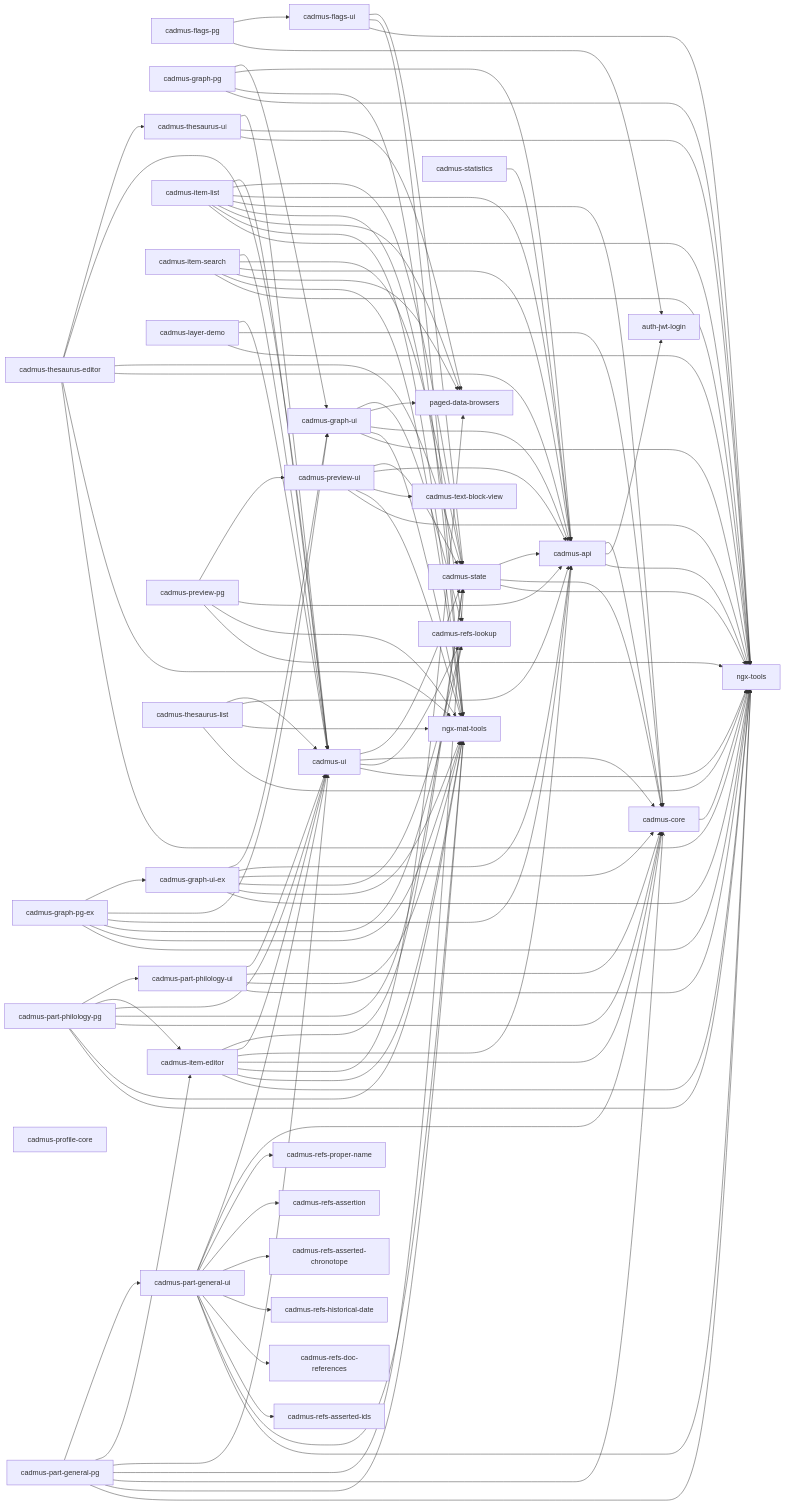
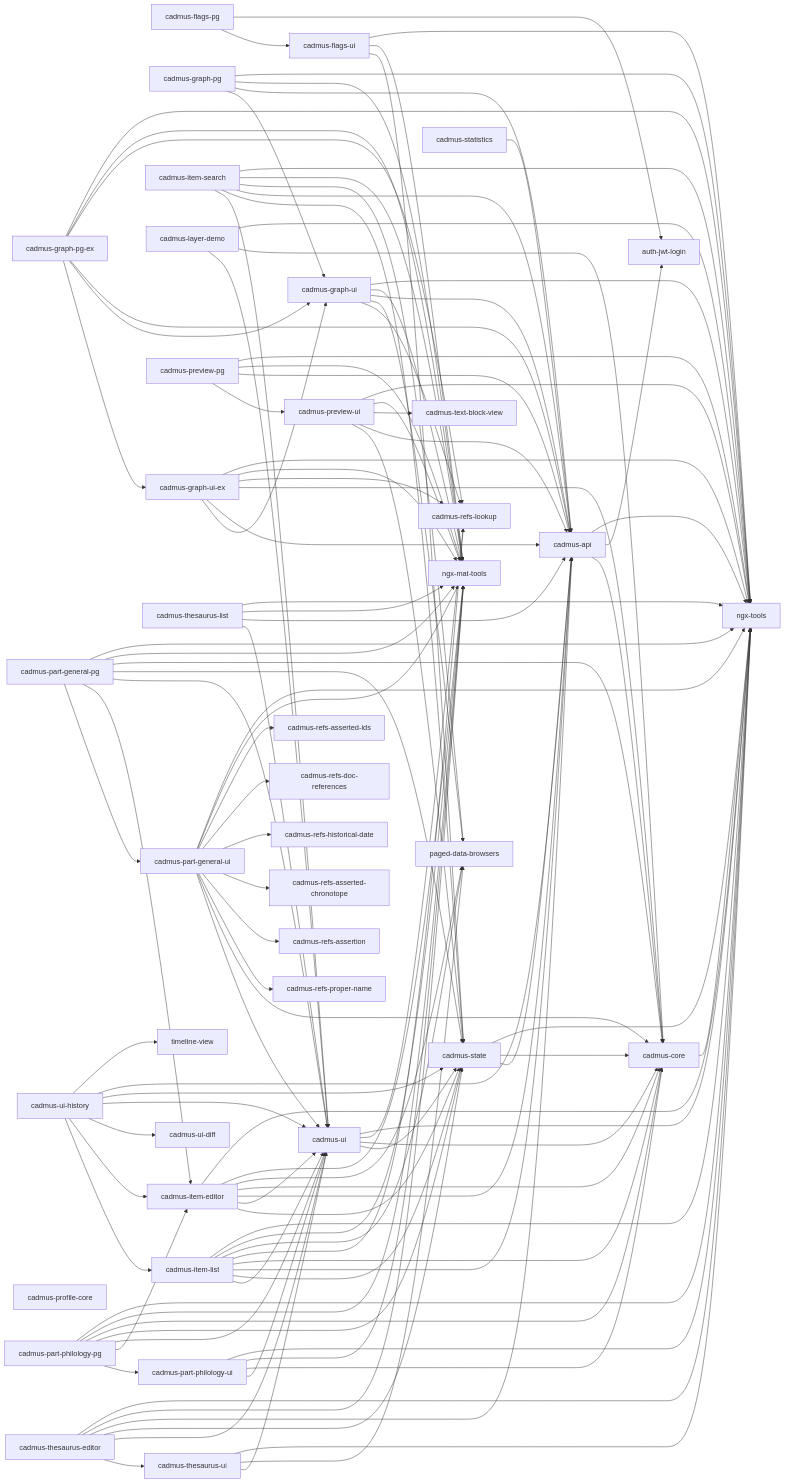
The diagram in README.md (vedph/cadmus-shell-v3), drawn with Mermaid before and after one commit. The commit also changed other lines of this file and 67 other files, not shown here.

````diff
--- a/README.md
+++ b/README.md
@@ -168,4 +134,11 @@
   cadmus-ui --> cadmus-refs-lookup
   cadmus-ui --> cadmus-core
   cadmus-ui --> cadmus-state
+  cadmus-ui-history --> timeline-view
+  cadmus-ui-history --> cadmus-api
+  cadmus-ui-history --> cadmus-state
+  cadmus-ui-history --> cadmus-ui
+  cadmus-ui-history --> cadmus-ui-diff
+  cadmus-ui-history --> cadmus-item-editor
+  cadmus-ui-history --> cadmus-item-list
 ```
````
